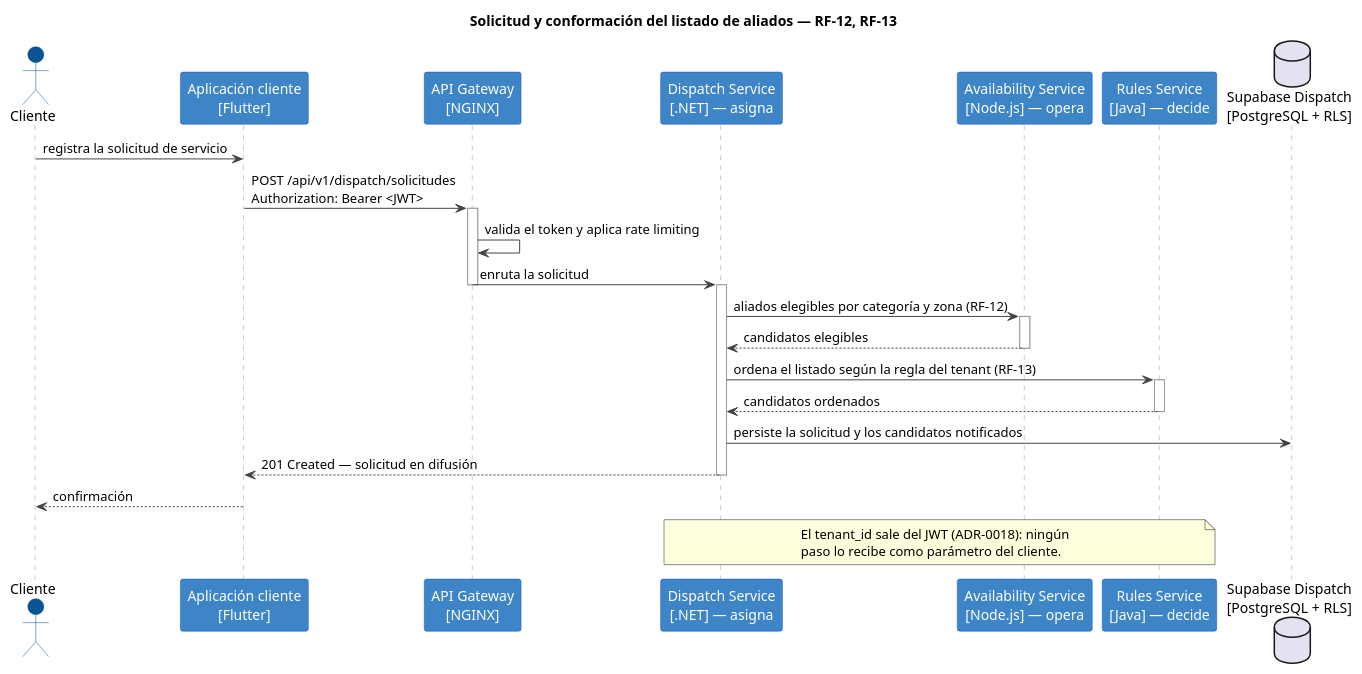
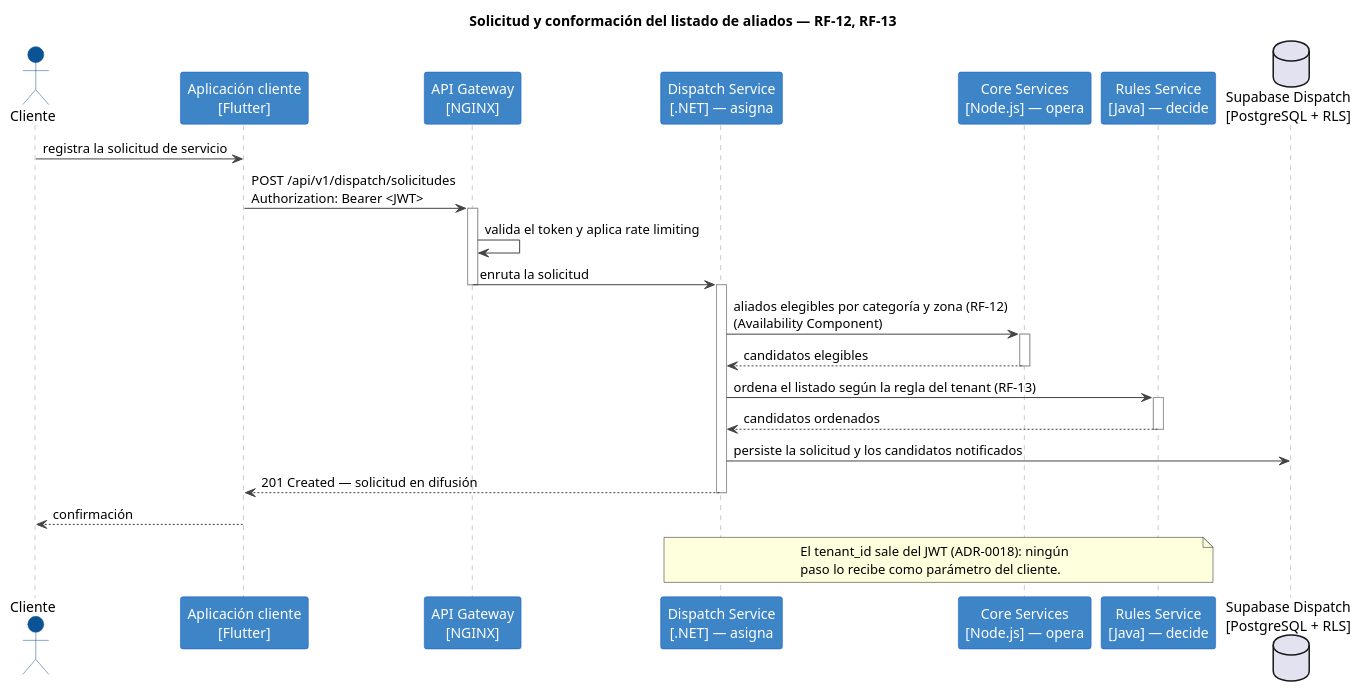
The first of 5 diagrams in architecture/SECUENCIAS.md (Trama-AS/MANI-docs), drawn with PlantUML before and after one commit. The commit also changed other lines of this file and 9 other files, not shown here.

````diff
--- a/architecture/SECUENCIAS.md
+++ b/architecture/SECUENCIAS.md
@@ -34,54 +34,54 @@
 ```plantuml
 @startuml seq-solicitud
 title Solicitud y conformación del listado de aliados — RF-12, RF-13
 
 skinparam backgroundColor #ffffff
 skinparam shadowing false
 skinparam sequence {
   ArrowColor #444444
   LifeLineBorderColor #999999
   ParticipantBorderColor #1155cc
   ParticipantBackgroundColor #3d85c6
   ParticipantFontColor #ffffff
   ActorBorderColor #0b5394
   ActorBackgroundColor #0b5394
 }
 
 actor "Cliente" as Cliente
 participant "Aplicación cliente\n[Flutter]" as App
 participant "API Gateway\n[NGINX]" as GW
 participant "Dispatch Service\n[.NET] — asigna" as Dispatch
-participant "Availability Service\n[Node.js] — opera" as Avail
+participant "Core Services\n[Node.js] — opera" as Core
 participant "Rules Service\n[Java] — decide" as Rules
 database "Supabase Dispatch\n[PostgreSQL + RLS]" as DbDispatch
 
 Cliente -> App: registra la solicitud de servicio
 App -> GW: POST /api/v1/dispatch/solicitudes\nAuthorization: Bearer <JWT>
 activate GW
 GW -> GW: valida el token y aplica rate limiting
 GW -> Dispatch: enruta la solicitud
 deactivate GW
 activate Dispatch
 
-Dispatch -> Avail: aliados elegibles por categoría y zona (RF-12)
-activate Avail
-Avail --> Dispatch: candidatos elegibles
-deactivate Avail
+Dispatch -> Core: aliados elegibles por categoría y zona (RF-12)\n(Availability Component)
+activate Core
+Core --> Dispatch: candidatos elegibles
+deactivate Core
 
 Dispatch -> Rules: ordena el listado según la regla del tenant (RF-13)
 activate Rules
 Rules --> Dispatch: candidatos ordenados
 deactivate Rules
 
 Dispatch -> DbDispatch: persiste la solicitud y los candidatos notificados
 Dispatch --> App: 201 Created — solicitud en difusión
 deactivate Dispatch
 App --> Cliente: confirmación
 
 note over Dispatch, Rules
   El tenant_id sale del JWT (ADR-0018): ningún
   paso lo recibe como parámetro del cliente.
 end note
 
 @enduml
 ```
````
